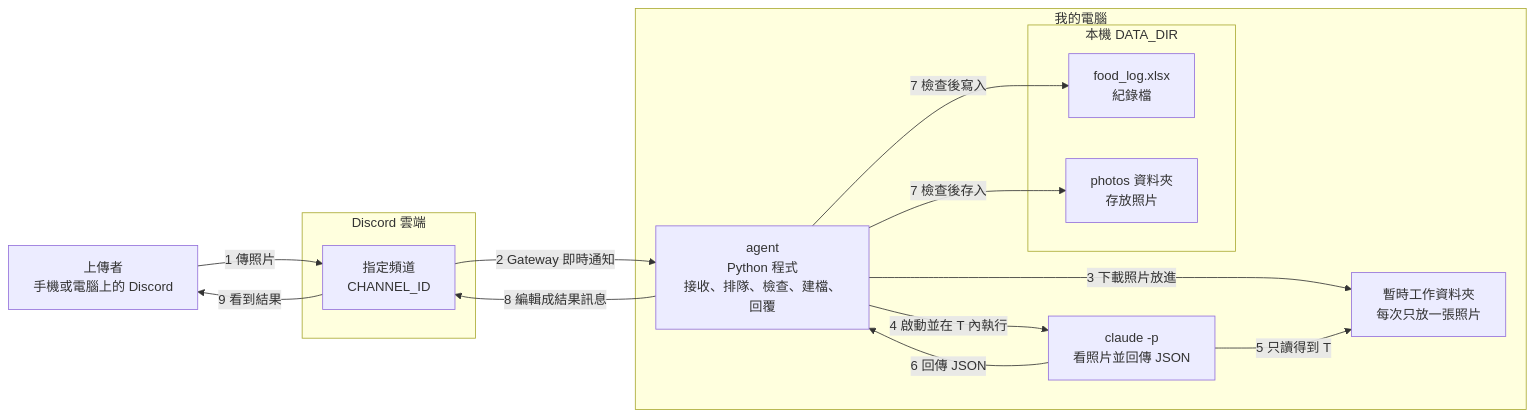
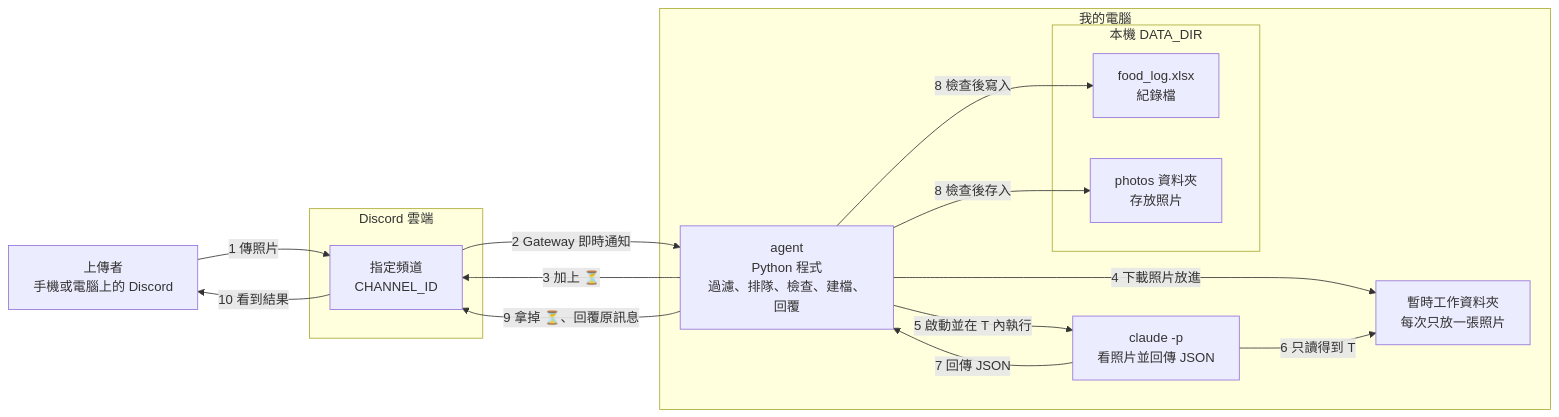
One commit to 411232007-pixel/foodie changed the first of 3 diagrams in docs/architecture.md. Above: the diagram before and after it, drawn with Mermaid. The commit also changed other lines of this file and 32 other files, not shown here.

````diff
--- a/docs/architecture.md
+++ b/docs/architecture.md
@@ -54,27 +58,28 @@
 ```mermaid
 flowchart LR
     U["上傳者<br/>手機或電腦上的 Discord"]
     subgraph D["Discord 雲端"]
         CH["指定頻道<br/>CHANNEL_ID"]
     end
     subgraph PC["我的電腦"]
-        A["agent<br/>Python 程式<br/>接收、排隊、檢查、建檔、回覆"]
+        A["agent<br/>Python 程式<br/>過濾、排隊、檢查、建檔、回覆"]
         T["暫時工作資料夾<br/>每次只放一張照片"]
         C["claude -p<br/>看照片並回傳 JSON"]
         subgraph DATA["本機 DATA_DIR"]
             X["food_log.xlsx<br/>紀錄檔"]
             P["photos 資料夾<br/>存放照片"]
         end
     end
 
     U -->|"1 傳照片"| CH
     CH -->|"2 Gateway 即時通知"| A
-    A -->|"3 下載照片放進"| T
-    A -->|"4 啟動並在 T 內執行"| C
-    C -->|"5 只讀得到 T"| T
-    C -->|"6 回傳 JSON"| A
-    A -->|"7 檢查後寫入"| X
-    A -->|"7 檢查後存入"| P
-    A -->|"8 編輯成結果訊息"| CH
-    CH -->|"9 看到結果"| U
+    A -->|"3 加上 ⏳"| CH
+    A -->|"4 下載照片放進"| T
+    A -->|"5 啟動並在 T 內執行"| C
+    C -->|"6 只讀得到 T"| T
+    C -->|"7 回傳 JSON"| A
+    A -->|"8 檢查後存入"| P
+    A -->|"8 檢查後寫入"| X
+    A -->|"9 拿掉 ⏳、回覆原訊息"| CH
+    CH -->|"10 看到結果"| U
 ```
````
